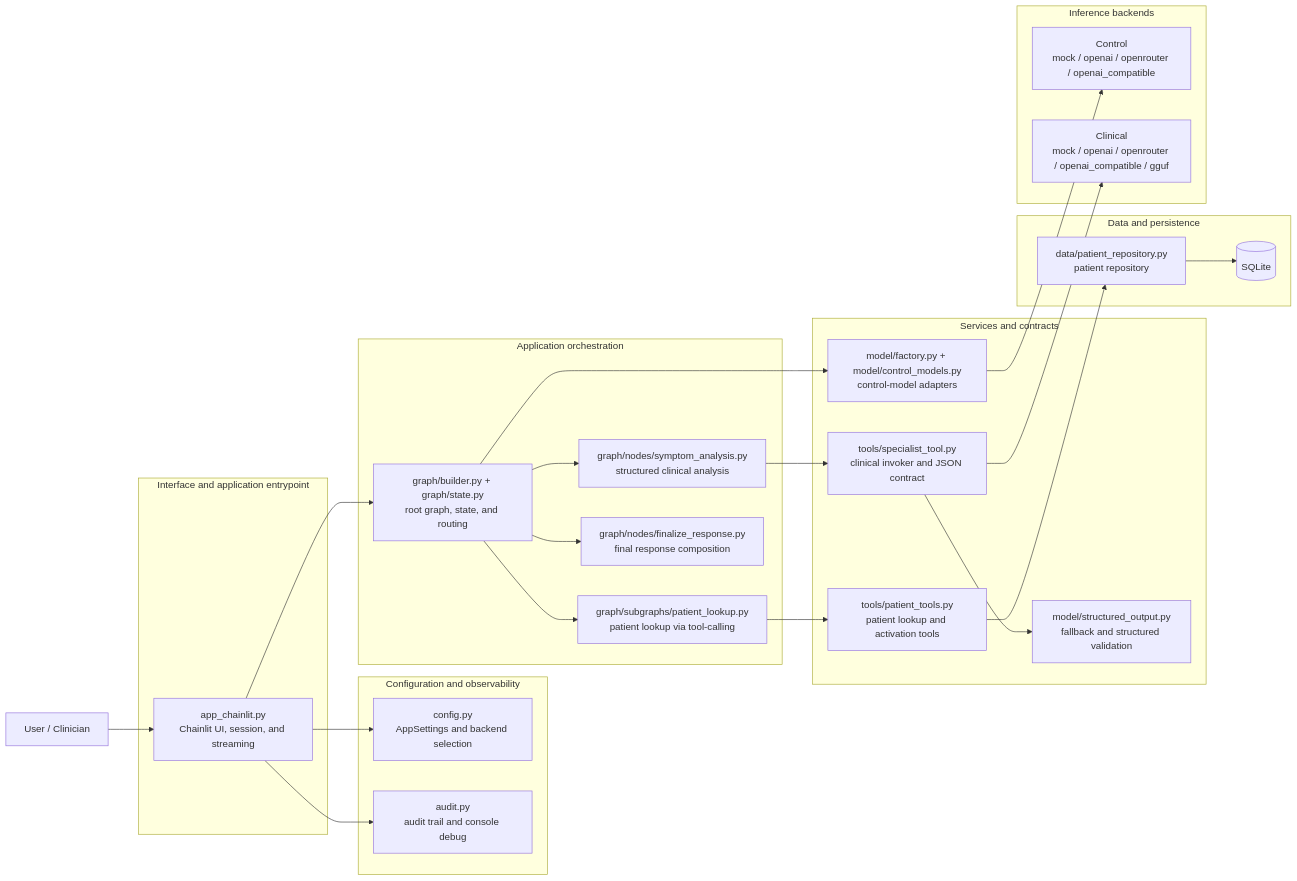
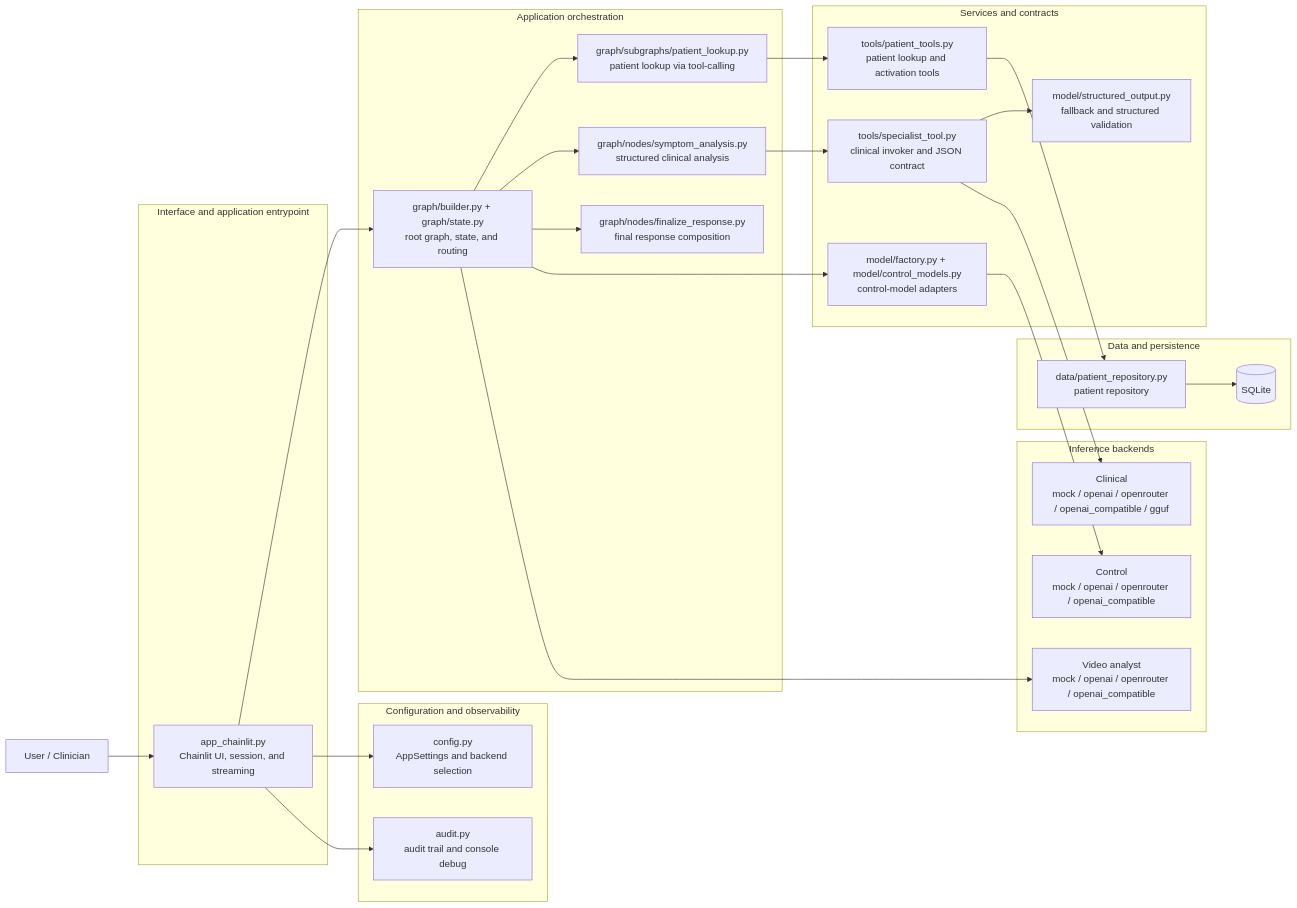
The first of 3 diagrams in README.md (luizaaca/screening_robot), drawn with Mermaid before and after one commit. The commit also changed other lines of this file and 88 other files, not shown here.

````diff
--- a/README.md
+++ b/README.md
@@ -79,53 +91,55 @@
 ```mermaid
 flowchart LR
     USER["User / Clinician"]
 
     subgraph ENTRY["Interface and application entrypoint"]
         CL["app_chainlit.py<br/>Chainlit UI, session, and streaming"]
     end
 
     subgraph CROSS["Configuration and observability"]
         CFG["config.py<br/>AppSettings and backend selection"]
         AUD["audit.py<br/>audit trail and console debug"]
     end
 
     subgraph ORCH["Application orchestration"]
         GRAPH["graph/builder.py + graph/state.py<br/>root graph, state, and routing"]
         LOOKUP["graph/subgraphs/patient_lookup.py<br/>patient lookup via tool-calling"]
         ANALYSIS["graph/nodes/symptom_analysis.py<br/>structured clinical analysis"]
         FINAL["graph/nodes/finalize_response.py<br/>final response composition"]
     end
 
     subgraph SERVICES["Services and contracts"]
         CONTROL["model/factory.py + model/control_models.py<br/>control-model adapters"]
         SPECIALIST["tools/specialist_tool.py<br/>clinical invoker and JSON contract"]
         PTOOLS["tools/patient_tools.py<br/>patient lookup and activation tools"]
         STRUCT["model/structured_output.py<br/>fallback and structured validation"]
     end
 
     subgraph DATA["Data and persistence"]
         REPO["data/patient_repository.py<br/>patient repository"]
         DB[(SQLite)]
     end
 
     subgraph BACKENDS["Inference backends"]
         CTRLB["Control<br/>mock / openai / openrouter / openai_compatible"]
         CLINB["Clinical<br/>mock / openai / openrouter / openai_compatible / gguf"]
+        VIDB["Video analyst<br/>mock / openai / openrouter / openai_compatible"]
     end
 
     USER --> CL
     CL --> GRAPH
     CL --> CFG
     CL --> AUD
     GRAPH --> LOOKUP
     GRAPH --> ANALYSIS
     GRAPH --> FINAL
     GRAPH --> CONTROL
     LOOKUP --> PTOOLS
     ANALYSIS --> SPECIALIST
     SPECIALIST --> STRUCT
     PTOOLS --> REPO
     REPO --> DB
     CONTROL --> CTRLB
     SPECIALIST --> CLINB
+    GRAPH --> VIDB
 ```
````
